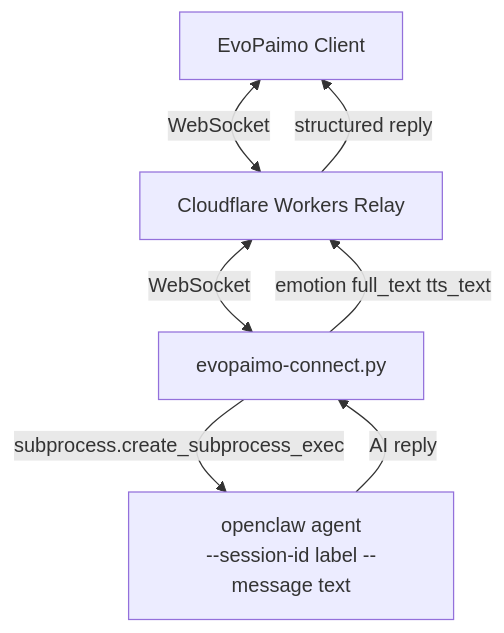
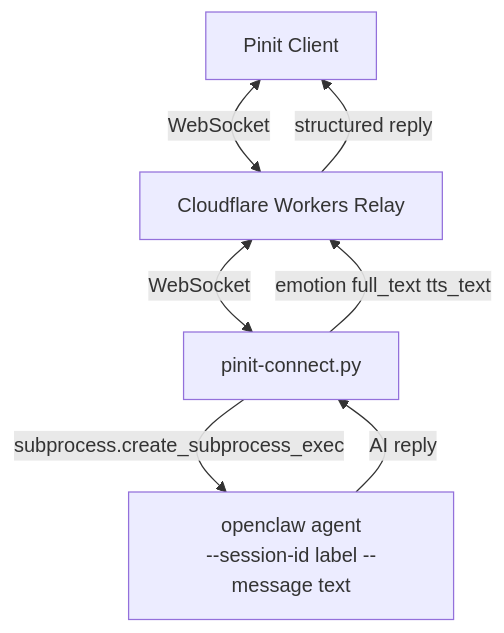
One commit to Neon-Wang/xiachong-relay-connect changed the diagram in connector-README.md. Above: the diagram before and after it, drawn with Mermaid. The commit also changed other lines of this file and 37 other files, not shown here.

````diff
--- a/connector-README.md
+++ b/connector-README.md
@@ -161,9 +161,9 @@
 ```mermaid
 flowchart TB
-  Client["EvoPaimo Client"] <-->|"WebSocket"| Relay["Cloudflare Workers Relay"]
-  Relay <-->|"WebSocket"| Connector["evopaimo-connect.py"]
+  Client["Pinit Client"] <-->|"WebSocket"| Relay["Cloudflare Workers Relay"]
+  Relay <-->|"WebSocket"| Connector["pinit-connect.py"]
   Connector -->|"subprocess.create_subprocess_exec"| OpenClaw["openclaw agent\n--session-id label --message text"]
   OpenClaw -->|"AI reply"| Connector
   Connector -->|"emotion full_text tts_text"| Relay
   Relay -->|"structured reply"| Client
 ```
````
